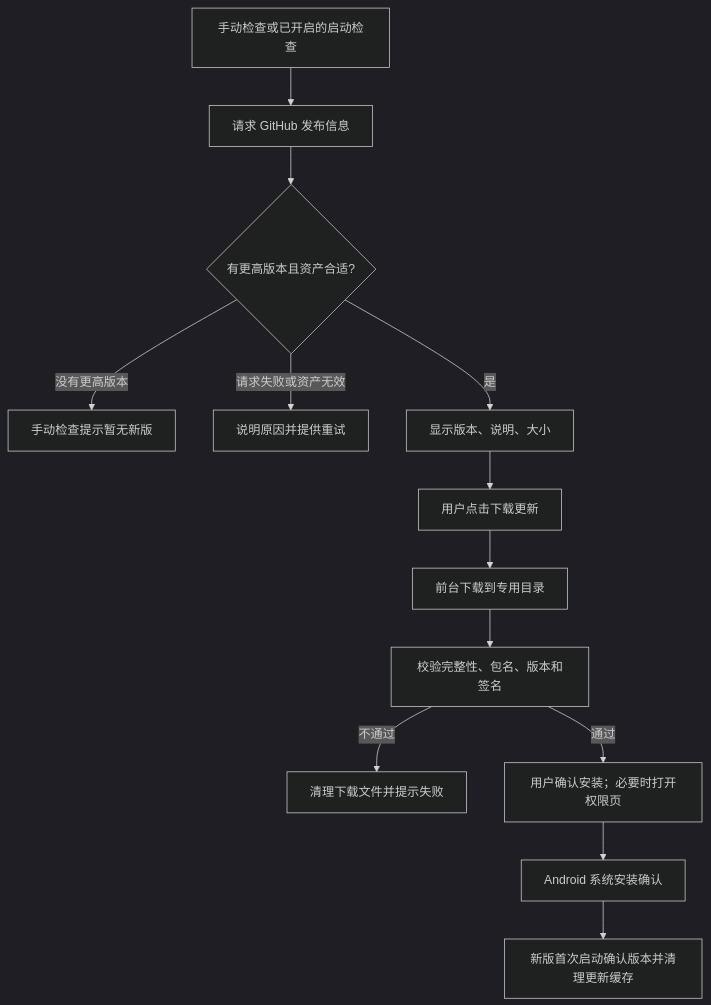
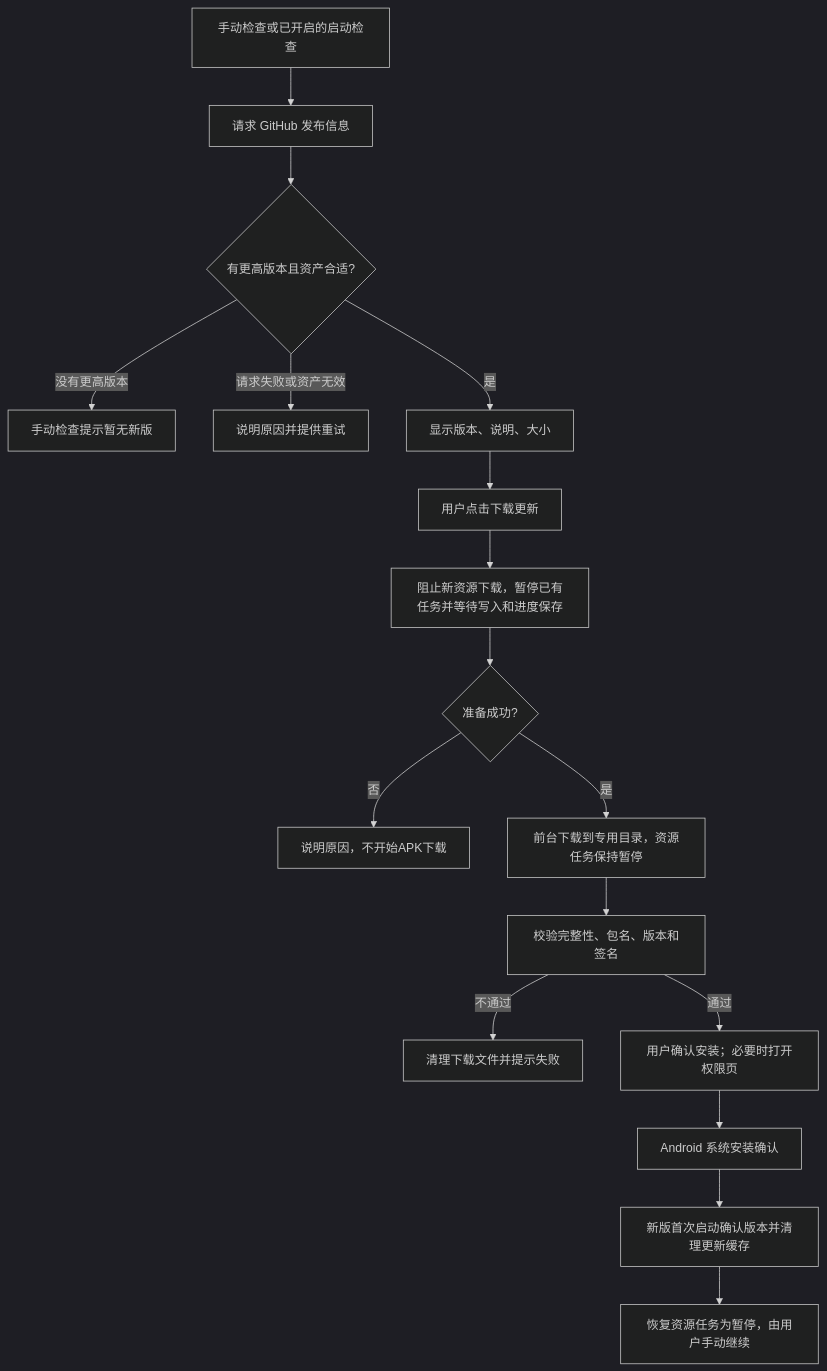
The diagram in docs/LEAF_IN_APP_UPDATE_DESIGN.md (typhoonwhale/VeneraNext-Leaf), drawn with Mermaid (dark theme) before and after one commit. The commit also changed other lines of this file, not shown here.

````diff
--- a/docs/LEAF_IN_APP_UPDATE_DESIGN.md
+++ b/docs/LEAF_IN_APP_UPDATE_DESIGN.md
@@ -21,15 +82,19 @@
 ```mermaid
 flowchart TD
     A[手动检查或已开启的启动检查] --> B[请求 GitHub 发布信息]
     B --> C{有更高版本且资产合适?}
     C -->|没有更高版本| D[手动检查提示暂无新版]
     C -->|请求失败或资产无效| E[说明原因并提供重试]
     C -->|是| F[显示版本、说明、大小]
     F --> G[用户点击下载更新]
-    G --> H[前台下载到专用目录]
+    G --> P[阻止新资源下载，暂停已有任务并等待写入和进度保存]
+    P --> Q{准备成功?}
+    Q -->|否| R[说明原因，不开始APK下载]
+    Q -->|是| H[前台下载到专用目录，资源任务保持暂停]
     H --> I[校验完整性、包名、版本和签名]
     I -->|不通过| J[清理下载文件并提示失败]
     I -->|通过| K[用户确认安装；必要时打开权限页]
     K --> L[Android 系统安装确认]
     L --> M[新版首次启动确认版本并清理更新缓存]
+    M --> S[恢复资源任务为暂停，由用户手动继续]
 ```
````
